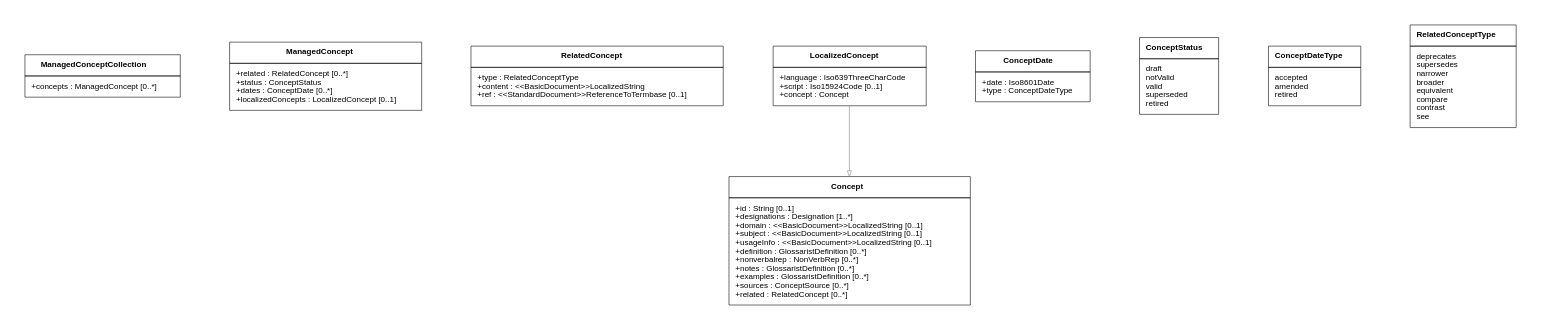
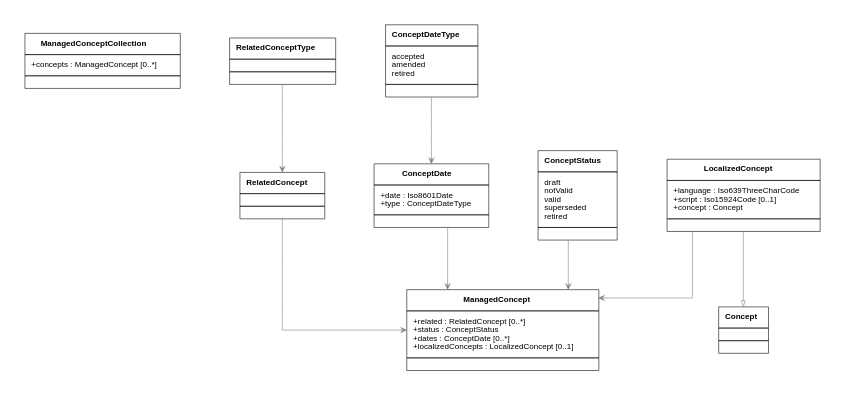
The diagram in lutaml/ManagedConcepts.dot (glossarist/concept-model), drawn with Graphviz before and after one commit. The commit also changed 51 other files, not shown here.

```diff
--- a/lutaml/ManagedConcepts.dot
+++ b/lutaml/ManagedConcepts.dot
@@ -6,15 +6,23 @@
   ManagedConceptCollection [shape="plain" fontname="Helvetica" label=<
     <TABLE BORDER="0" CELLBORDER="1" CELLSPACING="0" CELLPADDING="10">
     <TR>
-    <TD><B>ManagedConceptCollection</B></TD>
+    <TD><TABLE BORDER="0" CELLPADDING="0" CELLSPACING="0">
+    <TR><TD ALIGN="CENTER"><B>ManagedConceptCollection</B></TD></TR>
+  </TABLE>
+  </TD>
   </TR>
   
   <TR>
-    <TD>
-          <TABLE BORDER="0" CELLPADDING="0" CELLSPACING="0">
-            <TR><TD ALIGN="LEFT">+concepts : ManagedConcept &#91;0..*&#93;</TD></TR>
-          </TABLE>
+    <TD><TABLE BORDER="0" CELLPADDING="0" CELLSPACING="0">
+              <TR><TD ALIGN="LEFT">+concepts : ManagedConcept &#91;0..*&#93;</TD></TR>
+  </TABLE>
         </TD>
+  </TR>
+  
+  <TR>
+    <TD><TABLE BORDER="0" CELLPADDING="0" CELLSPACING="0">
+    <TR><TD ALIGN="LEFT"></TD></TR>
+  </TABLE></TD>
   </TR>
   
   </TABLE>
@@ -23,18 +31,26 @@
   ManagedConcept [shape="plain" fontname="Helvetica" label=<
     <TABLE BORDER="0" CELLBORDER="1" CELLSPACING="0" CELLPADDING="10">
     <TR>
-    <TD><B>ManagedConcept</B></TD>
+    <TD><TABLE BORDER="0" CELLPADDING="0" CELLSPACING="0">
+    <TR><TD ALIGN="CENTER"><B>ManagedConcept</B></TD></TR>
+  </TABLE>
+  </TD>
   </TR>
   
   <TR>
-    <TD>
-          <TABLE BORDER="0" CELLPADDING="0" CELLSPACING="0">
-            <TR><TD ALIGN="LEFT">+related : RelatedConcept &#91;0..*&#93;</TD></TR>
+    <TD><TABLE BORDER="0" CELLPADDING="0" CELLSPACING="0">
+              <TR><TD ALIGN="LEFT">+related : RelatedConcept &#91;0..*&#93;</TD></TR>
             <TR><TD ALIGN="LEFT">+status : ConceptStatus</TD></TR>
             <TR><TD ALIGN="LEFT">+dates : ConceptDate &#91;0..*&#93;</TD></TR>
             <TR><TD ALIGN="LEFT">+localizedConcepts : LocalizedConcept &#91;0..1&#93;</TD></TR>
-          </TABLE>
+  </TABLE>
         </TD>
+  </TR>
+  
+  <TR>
+    <TD><TABLE BORDER="0" CELLPADDING="0" CELLSPACING="0">
+    <TR><TD ALIGN="LEFT"></TD></TR>
+  </TABLE></TD>
   </TR>
   
   </TABLE>
@@ -43,17 +59,22 @@
   RelatedConcept [shape="plain" fontname="Helvetica" label=<
     <TABLE BORDER="0" CELLBORDER="1" CELLSPACING="0" CELLPADDING="10">
     <TR>
-    <TD><B>RelatedConcept</B></TD>
+    <TD><TABLE BORDER="0" CELLPADDING="0" CELLSPACING="0">
+    <TR><TD ALIGN="CENTER"><B>RelatedConcept</B></TD></TR>
+  </TABLE>
+  </TD>
   </TR>
   
   <TR>
-    <TD>
-          <TABLE BORDER="0" CELLPADDING="0" CELLSPACING="0">
-            <TR><TD ALIGN="LEFT">+type : RelatedConceptType</TD></TR>
-            <TR><TD ALIGN="LEFT">+content : &#60;&#60;BasicDocument&#62;&#62;LocalizedString</TD></TR>
-            <TR><TD ALIGN="LEFT">+ref : &#60;&#60;StandardDocument&#62;&#62;ReferenceToTermbase &#91;0..1&#93;</TD></TR>
-          </TABLE>
-        </TD>
+    <TD><TABLE BORDER="0" CELLPADDING="0" CELLSPACING="0">
+    <TR><TD ALIGN="LEFT"></TD></TR>
+  </TABLE></TD>
+  </TR>
+  
+  <TR>
+    <TD><TABLE BORDER="0" CELLPADDING="0" CELLSPACING="0">
+    <TR><TD ALIGN="LEFT"></TD></TR>
+  </TABLE></TD>
   </TR>
   
   </TABLE>
@@ -62,17 +83,25 @@
   LocalizedConcept [shape="plain" fontname="Helvetica" label=<
     <TABLE BORDER="0" CELLBORDER="1" CELLSPACING="0" CELLPADDING="10">
     <TR>
-    <TD><B>LocalizedConcept</B></TD>
+    <TD><TABLE BORDER="0" CELLPADDING="0" CELLSPACING="0">
+    <TR><TD ALIGN="CENTER"><B>LocalizedConcept</B></TD></TR>
+  </TABLE>
+  </TD>
   </TR>
   
   <TR>
-    <TD>
-          <TABLE BORDER="0" CELLPADDING="0" CELLSPACING="0">
-            <TR><TD ALIGN="LEFT">+language : Iso639ThreeCharCode</TD></TR>
+    <TD><TABLE BORDER="0" CELLPADDING="0" CELLSPACING="0">
+              <TR><TD ALIGN="LEFT">+language : Iso639ThreeCharCode</TD></TR>
             <TR><TD ALIGN="LEFT">+script : Iso15924Code &#91;0..1&#93;</TD></TR>
             <TR><TD ALIGN="LEFT">+concept : Concept</TD></TR>
-          </TABLE>
+  </TABLE>
         </TD>
+  </TR>
+  
+  <TR>
+    <TD><TABLE BORDER="0" CELLPADDING="0" CELLSPACING="0">
+    <TR><TD ALIGN="LEFT"></TD></TR>
+  </TABLE></TD>
   </TR>
   
   </TABLE>
@@ -81,25 +110,22 @@
   Concept [shape="plain" fontname="Helvetica" label=<
     <TABLE BORDER="0" CELLBORDER="1" CELLSPACING="0" CELLPADDING="10">
     <TR>
-    <TD><B>Concept</B></TD>
+    <TD><TABLE BORDER="0" CELLPADDING="0" CELLSPACING="0">
+    <TR><TD ALIGN="CENTER"><B>Concept</B></TD></TR>
+  </TABLE>
+  </TD>
   </TR>
   
   <TR>
-    <TD>
-          <TABLE BORDER="0" CELLPADDING="0" CELLSPACING="0">
-            <TR><TD ALIGN="LEFT">+id : String &#91;0..1&#93;</TD></TR>
-            <TR><TD ALIGN="LEFT">+designations : Designation &#91;1..*&#93;</TD></TR>
-            <TR><TD ALIGN="LEFT">+domain : &#60;&#60;BasicDocument&#62;&#62;LocalizedString &#91;0..1&#93;</TD></TR>
-            <TR><TD ALIGN="LEFT">+subject : &#60;&#60;BasicDocument&#62;&#62;LocalizedString &#91;0..1&#93;</TD></TR>
-            <TR><TD ALIGN="LEFT">+usageInfo : &#60;&#60;BasicDocument&#62;&#62;LocalizedString &#91;0..1&#93;</TD></TR>
-            <TR><TD ALIGN="LEFT">+definition : GlossaristDefinition &#91;0..*&#93;</TD></TR>
-            <TR><TD ALIGN="LEFT">+nonverbalrep : NonVerbRep &#91;0..*&#93;</TD></TR>
-            <TR><TD ALIGN="LEFT">+notes : GlossaristDefinition &#91;0..*&#93;</TD></TR>
-            <TR><TD ALIGN="LEFT">+examples : GlossaristDefinition &#91;0..*&#93;</TD></TR>
-            <TR><TD ALIGN="LEFT">+sources : ConceptSource &#91;0..*&#93;</TD></TR>
-            <TR><TD ALIGN="LEFT">+related : RelatedConcept &#91;0..*&#93;</TD></TR>
-          </TABLE>
-        </TD>
+    <TD><TABLE BORDER="0" CELLPADDING="0" CELLSPACING="0">
+    <TR><TD ALIGN="LEFT"></TD></TR>
+  </TABLE></TD>
+  </TR>
+  
+  <TR>
+    <TD><TABLE BORDER="0" CELLPADDING="0" CELLSPACING="0">
+    <TR><TD ALIGN="LEFT"></TD></TR>
+  </TABLE></TD>
   </TR>
   
   </TABLE>
@@ -108,16 +134,24 @@
   ConceptDate [shape="plain" fontname="Helvetica" label=<
     <TABLE BORDER="0" CELLBORDER="1" CELLSPACING="0" CELLPADDING="10">
     <TR>
-    <TD><B>ConceptDate</B></TD>
+    <TD><TABLE BORDER="0" CELLPADDING="0" CELLSPACING="0">
+    <TR><TD ALIGN="CENTER"><B>ConceptDate</B></TD></TR>
+  </TABLE>
+  </TD>
   </TR>
   
   <TR>
-    <TD>
-          <TABLE BORDER="0" CELLPADDING="0" CELLSPACING="0">
-            <TR><TD ALIGN="LEFT">+date : Iso8601Date</TD></TR>
+    <TD><TABLE BORDER="0" CELLPADDING="0" CELLSPACING="0">
+              <TR><TD ALIGN="LEFT">+date : Iso8601Date</TD></TR>
             <TR><TD ALIGN="LEFT">+type : ConceptDateType</TD></TR>
-          </TABLE>
+  </TABLE>
         </TD>
+  </TR>
+  
+  <TR>
+    <TD><TABLE BORDER="0" CELLPADDING="0" CELLSPACING="0">
+    <TR><TD ALIGN="LEFT"></TD></TR>
+  </TABLE></TD>
   </TR>
   
   </TABLE>
@@ -126,19 +160,27 @@
   ConceptStatus [shape="plain" fontname="Helvetica" label=<
     <TABLE BORDER="0" CELLBORDER="1" CELLSPACING="0" CELLPADDING="10">
     <TR>
-    <TD><B>ConceptStatus</B></TD>
+    <TD><TABLE BORDER="0" CELLPADDING="0" CELLSPACING="0">
+    <TR><TD ALIGN="CENTER"><B>ConceptStatus</B></TD></TR>
+  </TABLE>
+  </TD>
   </TR>
   
   <TR>
-    <TD>
-          <TABLE BORDER="0" CELLPADDING="0" CELLSPACING="0">
-            <TR><TD ALIGN="LEFT">draft</TD></TR>
+    <TD><TABLE BORDER="0" CELLPADDING="0" CELLSPACING="0">
+              <TR><TD ALIGN="LEFT">draft</TD></TR>
             <TR><TD ALIGN="LEFT">notValid</TD></TR>
             <TR><TD ALIGN="LEFT">valid</TD></TR>
             <TR><TD ALIGN="LEFT">superseded</TD></TR>
             <TR><TD ALIGN="LEFT">retired</TD></TR>
-          </TABLE>
+  </TABLE>
         </TD>
+  </TR>
+  
+  <TR>
+    <TD><TABLE BORDER="0" CELLPADDING="0" CELLSPACING="0">
+    <TR><TD ALIGN="LEFT"></TD></TR>
+  </TABLE></TD>
   </TR>
   
   </TABLE>
@@ -147,17 +189,25 @@
   ConceptDateType [shape="plain" fontname="Helvetica" label=<
     <TABLE BORDER="0" CELLBORDER="1" CELLSPACING="0" CELLPADDING="10">
     <TR>
-    <TD><B>ConceptDateType</B></TD>
+    <TD><TABLE BORDER="0" CELLPADDING="0" CELLSPACING="0">
+    <TR><TD ALIGN="CENTER"><B>ConceptDateType</B></TD></TR>
+  </TABLE>
+  </TD>
   </TR>
   
   <TR>
-    <TD>
-          <TABLE BORDER="0" CELLPADDING="0" CELLSPACING="0">
-            <TR><TD ALIGN="LEFT">accepted</TD></TR>
+    <TD><TABLE BORDER="0" CELLPADDING="0" CELLSPACING="0">
+              <TR><TD ALIGN="LEFT">accepted</TD></TR>
             <TR><TD ALIGN="LEFT">amended</TD></TR>
             <TR><TD ALIGN="LEFT">retired</TD></TR>
-          </TABLE>
+  </TABLE>
         </TD>
+  </TR>
+  
+  <TR>
+    <TD><TABLE BORDER="0" CELLPADDING="0" CELLSPACING="0">
+    <TR><TD ALIGN="LEFT"></TD></TR>
+  </TABLE></TD>
   </TR>
   
   </TABLE>
@@ -166,26 +216,32 @@
   RelatedConceptType [shape="plain" fontname="Helvetica" label=<
     <TABLE BORDER="0" CELLBORDER="1" CELLSPACING="0" CELLPADDING="10">
     <TR>
-    <TD><B>RelatedConceptType</B></TD>
+    <TD><TABLE BORDER="0" CELLPADDING="0" CELLSPACING="0">
+    <TR><TD ALIGN="CENTER"><B>RelatedConceptType</B></TD></TR>
+  </TABLE>
+  </TD>
   </TR>
   
   <TR>
-    <TD>
-          <TABLE BORDER="0" CELLPADDING="0" CELLSPACING="0">
-            <TR><TD ALIGN="LEFT">deprecates</TD></TR>
-            <TR><TD ALIGN="LEFT">supersedes</TD></TR>
-            <TR><TD ALIGN="LEFT">narrower</TD></TR>
-            <TR><TD ALIGN="LEFT">broader</TD></TR>
-            <TR><TD ALIGN="LEFT">equivalent</TD></TR>
-            <TR><TD ALIGN="LEFT">compare</TD></TR>
-            <TR><TD ALIGN="LEFT">contrast</TD></TR>
-            <TR><TD ALIGN="LEFT">see</TD></TR>
-          </TABLE>
-        </TD>
+    <TD><TABLE BORDER="0" CELLPADDING="0" CELLSPACING="0">
+    <TR><TD ALIGN="LEFT"></TD></TR>
+  </TABLE></TD>
+  </TR>
+  
+  <TR>
+    <TD><TABLE BORDER="0" CELLPADDING="0" CELLSPACING="0">
+    <TR><TD ALIGN="LEFT"></TD></TR>
+  </TABLE></TD>
   </TR>
   
   </TABLE>
   >]
 
+  LocalizedConcept -> ManagedConcept [dir="direct" arrowtail="onormal" arrowhead="vee"]
+  ConceptStatus -> ManagedConcept [dir="direct" arrowtail="onormal" arrowhead="vee"]
+  ConceptDate -> ManagedConcept [dir="direct" arrowtail="onormal" arrowhead="vee"]
+  RelatedConcept -> ManagedConcept [dir="direct" arrowtail="onormal" arrowhead="vee"]
+  ConceptDateType -> ConceptDate [dir="direct" arrowtail="onormal" arrowhead="vee"]
+  RelatedConceptType -> RelatedConcept [dir="direct" arrowtail="onormal" arrowhead="vee"]
   LocalizedConcept -> Concept [dir="direct" arrowtail="onormal" arrowhead="onormal"]
 }
```
